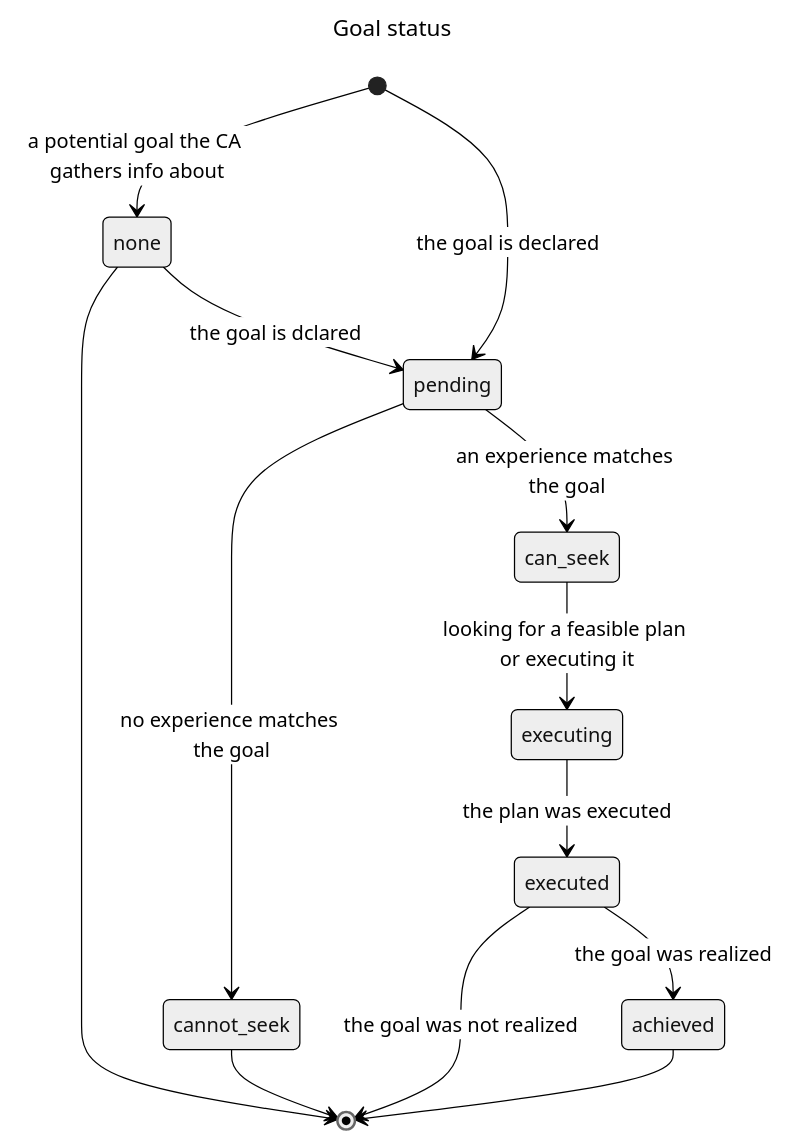
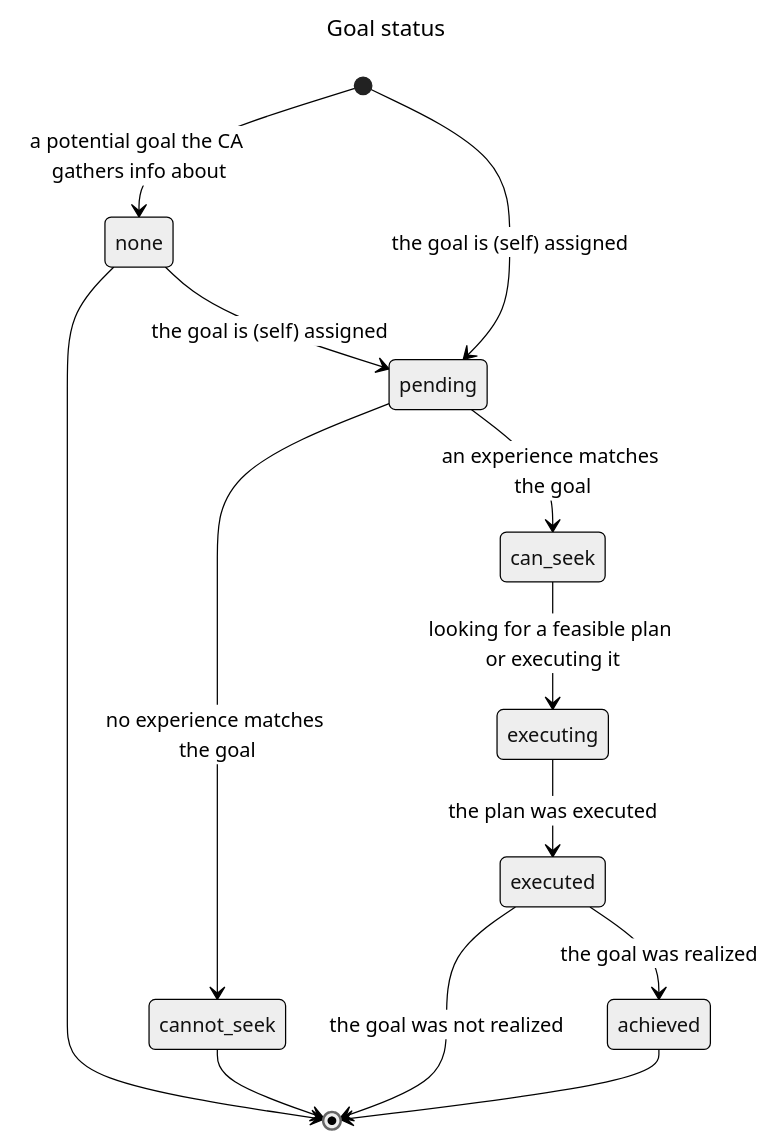
The first of 2 diagrams in design_notes/acting.md (jfcloutier/karma_system), drawn with Mermaid (neutral theme) before and after one commit. The commit also changed other lines of this file, not shown here.

````diff
--- a/design_notes/acting.md
+++ b/design_notes/acting.md
@@ -249,18 +249,18 @@
 ```mermaid
 ---
 title: Goal status
 ---
 stateDiagram-v2
     [*] --> none : a potential goal the CA gathers info about
-    none --> pending : the goal is dclared
-    [*] --> pending : the goal is declared
+    none --> pending : the goal is (self) assigned
+    [*] --> pending : the goal is (self) assigned
     none --> [*]
     pending --> can_seek : an experience matches the goal
     pending --> cannot_seek: no experience matches the goal
     cannot_seek --> [*]
     can_seek --> executing : looking for a feasible plan or executing it
     executing --> executed : the plan was executed
     executed --> achieved : the goal was realized
     executed --> [*] : the goal was not realized
     achieved --> [*]
 ```  
````
